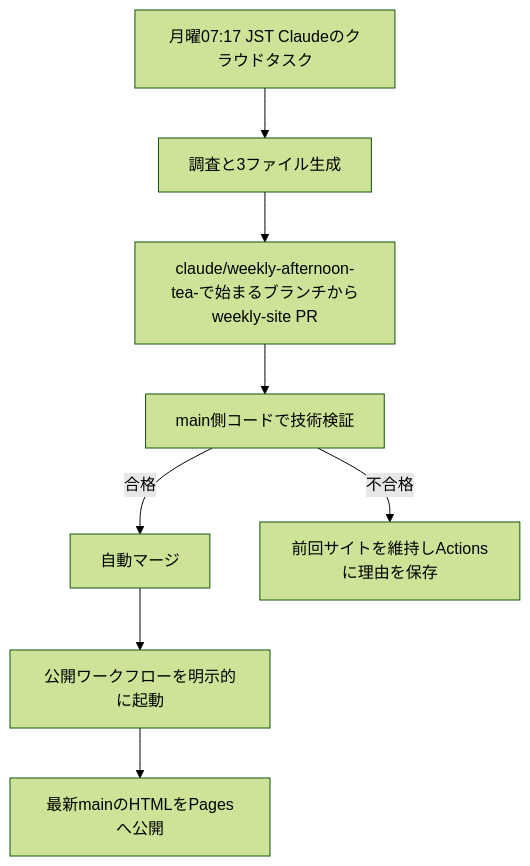
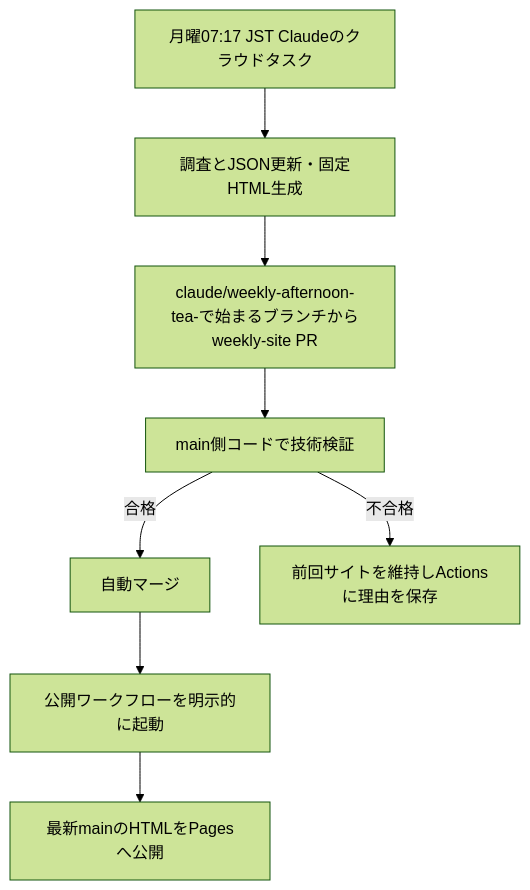
The diagram in developer_docs/weekly_automation.md (tsubasa0518/afternoon-tea), drawn with Mermaid (forest theme) before and after one commit. The commit also changed other lines of this file and 13 other files, not shown here.

````diff
--- a/developer_docs/weekly_automation.md
+++ b/developer_docs/weekly_automation.md
@@ -5,10 +5,10 @@
 ```mermaid
 flowchart TD
-  A[月曜07:17 JST Claudeのクラウドタスク] --> B[調査と3ファイル生成]
+  A[月曜07:17 JST Claudeのクラウドタスク] --> B[調査とJSON更新・固定HTML生成]
   B --> C[claude/weekly-afternoon-tea-で始まるブランチからweekly-site PR]
   C --> D[main側コードで技術検証]
   D -->|合格| E[自動マージ]
   E --> F[公開ワークフローを明示的に起動]
   F --> G[最新mainのHTMLをPagesへ公開]
   D -->|不合格| H[前回サイトを維持しActionsに理由を保存]
 ```
````
